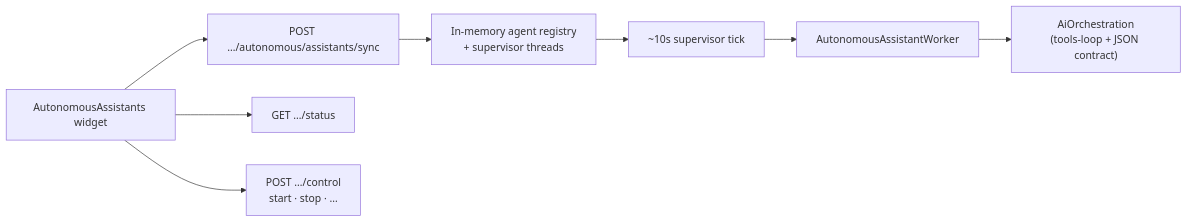
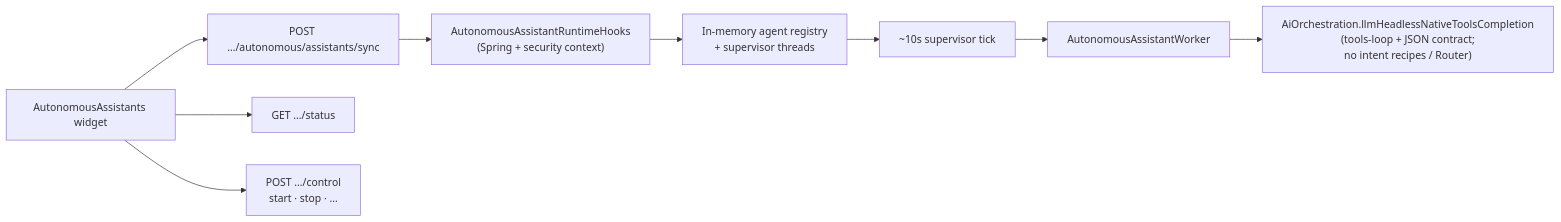
One commit to craftercms/ai-assistant-plugin changed diagram 12 of 13 in docs/architecture-diagrams.md. Above: the diagram before and after it, drawn with Mermaid. The commit also changed other lines of this file and 1 other file, not shown here.

First line of the commit message:
Fix architecture diagrams and spec paths to match runtime layout.

````diff
--- a/docs/architecture-diagrams.md
+++ b/docs/architecture-diagrams.md
@@ -460,10 +460,11 @@
 ```mermaid
 flowchart LR
   Widget["AutonomousAssistants widget"] --> Sync["POST …/autonomous/assistants/sync"]
-  Sync --> Registry["In-memory agent registry\n+ supervisor threads"]
+  Sync --> Hooks["AutonomousAssistantRuntimeHooks\n(Spring + security context)"]
+  Hooks --> Registry["In-memory agent registry\n+ supervisor threads"]
   Registry --> Tick["~10s supervisor tick"]
   Tick --> Worker["AutonomousAssistantWorker"]
-  Worker --> Orch["AiOrchestration\n(tools-loop + JSON contract)"]
+  Worker --> Orch["AiOrchestration.llmHeadlessNativeToolsCompletion\n(tools-loop + JSON contract;\nno intent recipes / Router)"]
   Widget --> Status["GET …/status"]
   Widget --> Control["POST …/control\nstart · stop · …"]
 ```
````
